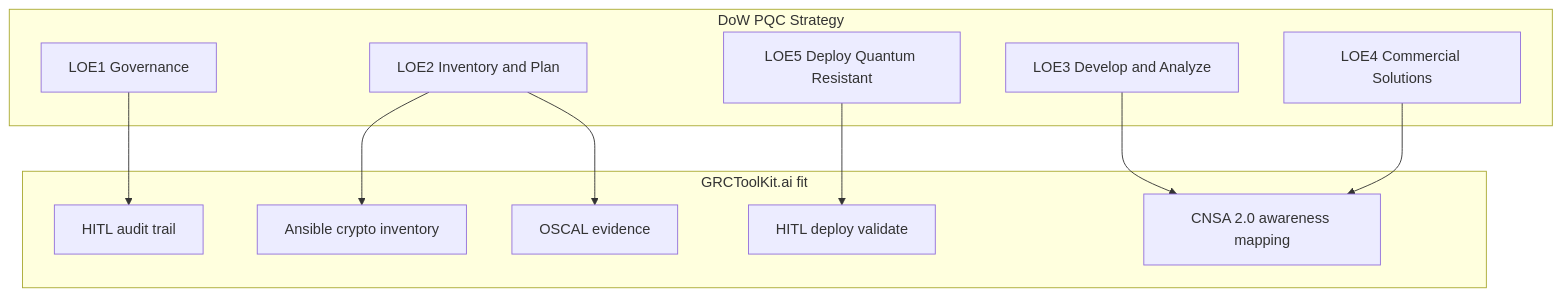
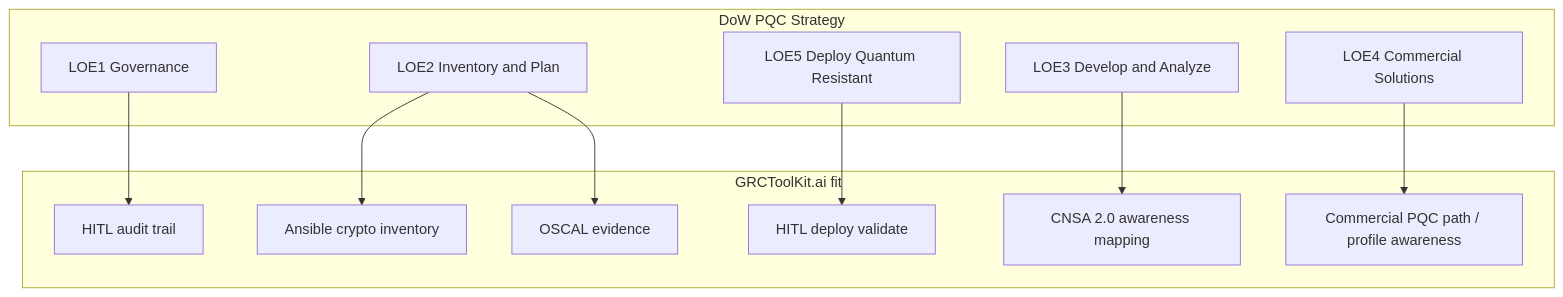
Before and after one commit to iFocus-Innovations-LLC/GRCToolKit: the first of 2 diagrams in docs/ROADMAP.md, drawn with Mermaid. The commit also changed other lines of this file and 4 other files, not shown here.

````diff
--- a/docs/ROADMAP.md
+++ b/docs/ROADMAP.md
@@ -163,23 +163,24 @@
 ```mermaid
 flowchart TB
   subgraph dow [DoW PQC Strategy]
     LOE1[LOE1 Governance]
     LOE2[LOE2 Inventory and Plan]
     LOE3[LOE3 Develop and Analyze]
     LOE4[LOE4 Commercial Solutions]
     LOE5[LOE5 Deploy Quantum Resistant]
   end
   subgraph gtk [GRCToolKit.ai fit]
     HITL[HITL audit trail]
     Inv[Ansible crypto inventory]
     OSCAL[OSCAL evidence]
     Deploy[HITL deploy validate]
     CNSA[CNSA 2.0 awareness mapping]
+    CommPath[Commercial PQC path / profile awareness]
   end
   LOE1 --> HITL
   LOE2 --> Inv
   LOE2 --> OSCAL
   LOE3 --> CNSA
-  LOE4 --> CNSA
+  LOE4 --> CommPath
   LOE5 --> Deploy
 ```
````
